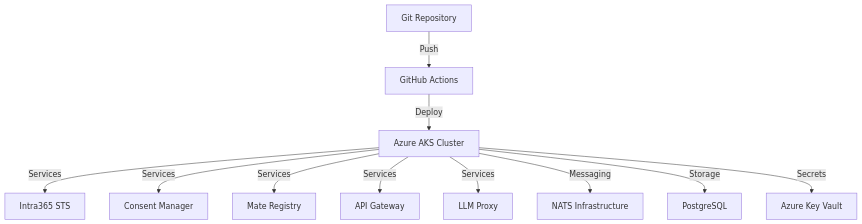
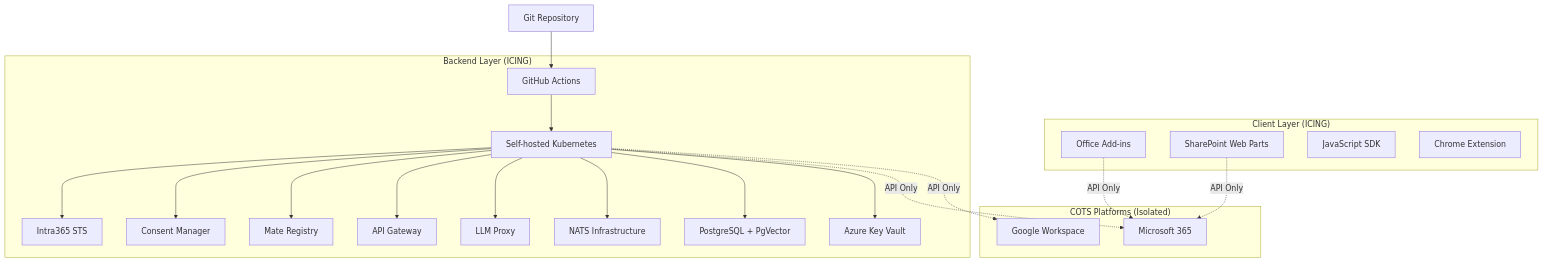
Before and after one commit to intra365/chef: the diagram in docs/010-introduction/01-overview.md, drawn with Mermaid. The commit also changed other lines of this file and 4 other files, not shown here.

````diff
--- a/docs/010-introduction/01-overview.md
+++ b/docs/010-introduction/01-overview.md
@@ -43,13 +55,33 @@
 ```mermaid
 graph TB
-    Git[Git Repository] --> |Push| GHA[GitHub Actions]
-    GHA --> |Deploy| AKS[Azure AKS Cluster]
-    AKS --> |Services| STS[Intra365 STS]
-    AKS --> |Services| CM[Consent Manager]
-    AKS --> |Services| MR[Mate Registry]
-    AKS --> |Services| GW[API Gateway]
-    AKS --> |Services| LLM[LLM Proxy]
-    AKS --> |Messaging| NATS[NATS Infrastructure]
-    AKS --> |Storage| PG[PostgreSQL]
-    AKS --> |Secrets| KV[Azure Key Vault]
+    subgraph "Client Layer (ICING)"
+        CL[Office Add-ins]
+        SP[SharePoint Web Parts]
+        JS[JavaScript SDK]
+        CE[Chrome Extension]
+    end
+    
+    subgraph "Backend Layer (ICING)"
+        GHA[GitHub Actions] --> K8S[Self-hosted Kubernetes]
+        K8S --> STS[Intra365 STS]
+        K8S --> CM[Consent Manager]
+        K8S --> MR[Mate Registry]
+        K8S --> GW[API Gateway]
+        K8S --> LLM[LLM Proxy]
+        K8S --> NATS[NATS Infrastructure]
+        K8S --> PG[PostgreSQL + PgVector]
+        K8S --> KV[Azure Key Vault]
+    end
+    
+    subgraph "COTS Platforms (Isolated)"
+        M365[Microsoft 365]
+        GWS[Google Workspace]
+    end
+    
+    CL -.->|API Only| M365
+    SP -.->|API Only| M365
+    K8S -.->|API Only| M365
+    K8S -.->|API Only| GWS
+    
+    Git[Git Repository] --> GHA
 ```
````
